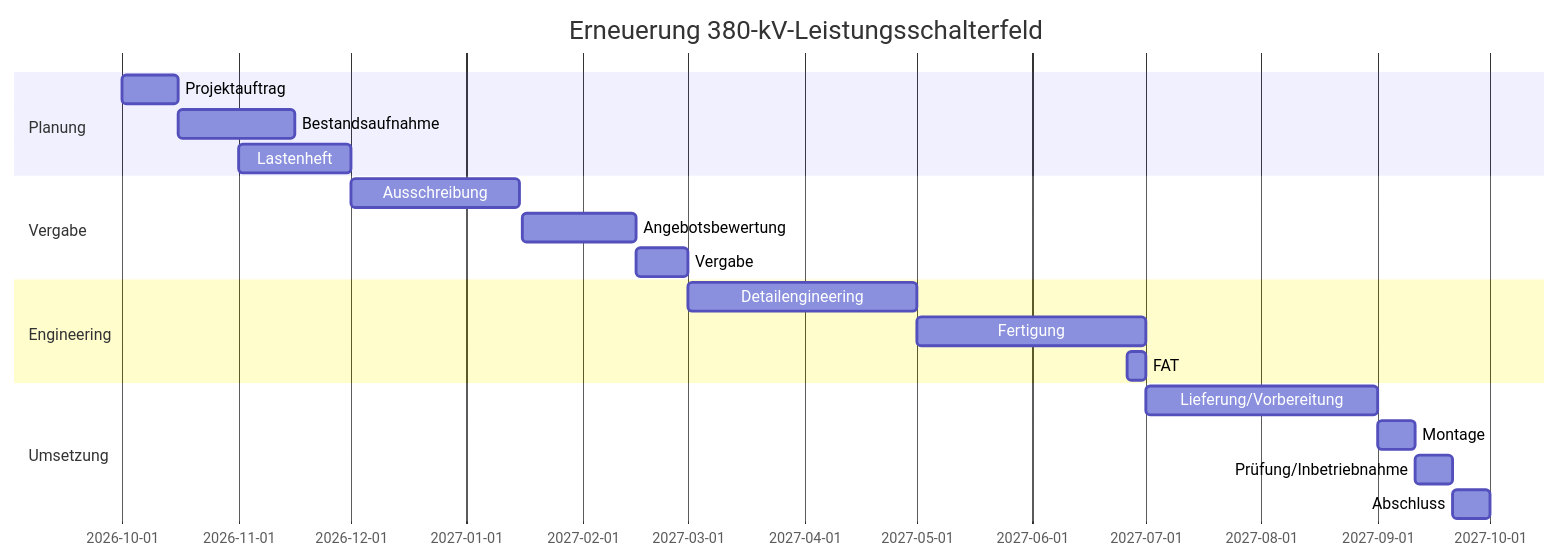
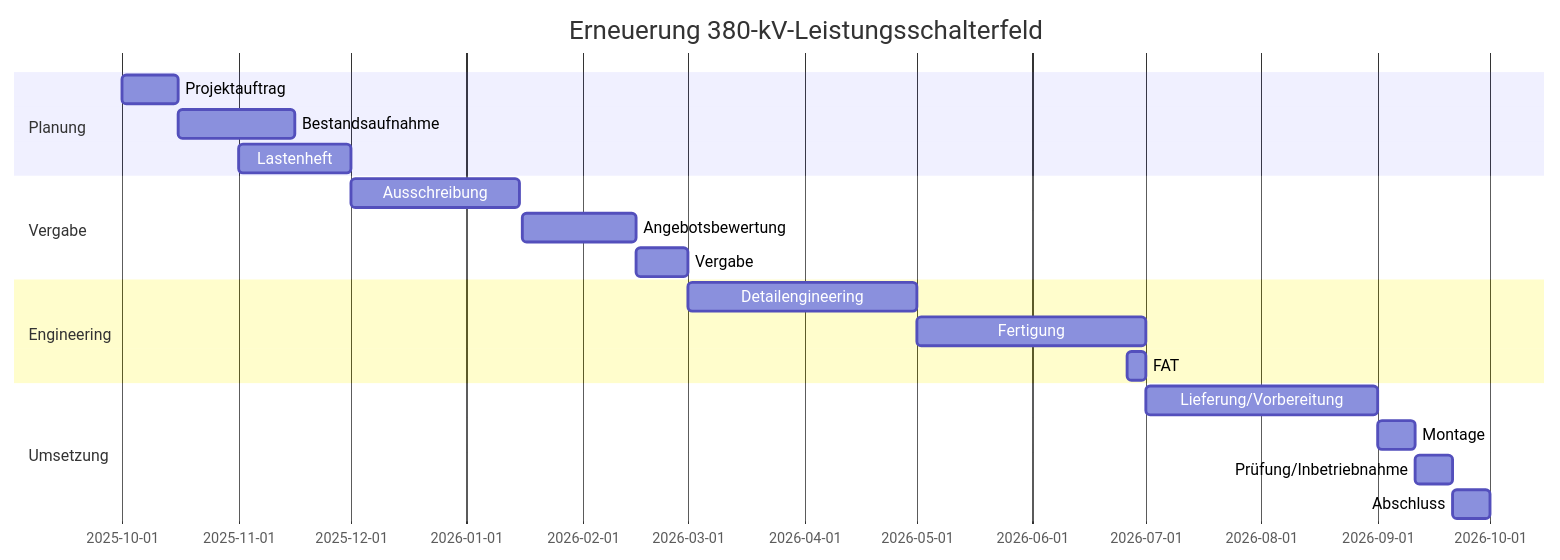
Before and after one commit to nivedjpnambiar/Substation-PMO-simulation: the diagram in docs/04_Termin_und_Meilensteine.md, drawn with Mermaid. The commit also changed other lines of this file and 21 other files, not shown here.

````diff
--- a/docs/04_Termin_und_Meilensteine.md
+++ b/docs/04_Termin_und_Meilensteine.md
@@ -34,22 +34,22 @@
 ```mermaid
 gantt
     title Erneuerung 380-kV-Leistungsschalterfeld
     dateFormat  YYYY-MM-DD
     section Planung
-    Projektauftrag           :2026-10-01, 15d
-    Bestandsaufnahme         :2026-10-16, 31d
-    Lastenheft               :2026-11-01, 30d
+    Projektauftrag           :2025-10-01, 15d
+    Bestandsaufnahme         :2025-10-16, 31d
+    Lastenheft               :2025-11-01, 30d
     section Vergabe
-    Ausschreibung            :2026-12-01, 45d
-    Angebotsbewertung        :2027-01-16, 30d
-    Vergabe                  :2027-02-15, 14d
+    Ausschreibung            :2025-12-01, 45d
+    Angebotsbewertung        :2026-01-16, 30d
+    Vergabe                  :2026-02-15, 14d
     section Engineering
-    Detailengineering        :2027-03-01, 61d
-    Fertigung                :2027-05-01, 61d
-    FAT                      :2027-06-26, 5d
+    Detailengineering        :2026-03-01, 61d
+    Fertigung                :2026-05-01, 61d
+    FAT                      :2026-06-26, 5d
     section Umsetzung
-    Lieferung/Vorbereitung   :2027-07-01, 62d
-    Montage                  :2027-09-01, 10d
-    Prüfung/Inbetriebnahme   :2027-09-11, 10d
-    Abschluss                :2027-09-21, 10d
+    Lieferung/Vorbereitung   :2026-07-01, 62d
+    Montage                  :2026-09-01, 10d
+    Prüfung/Inbetriebnahme   :2026-09-11, 10d
+    Abschluss                :2026-09-21, 10d
 ```
````
